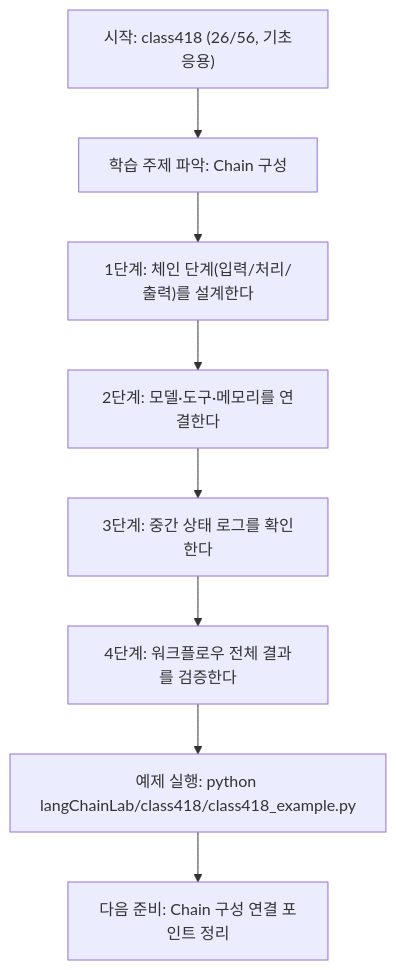
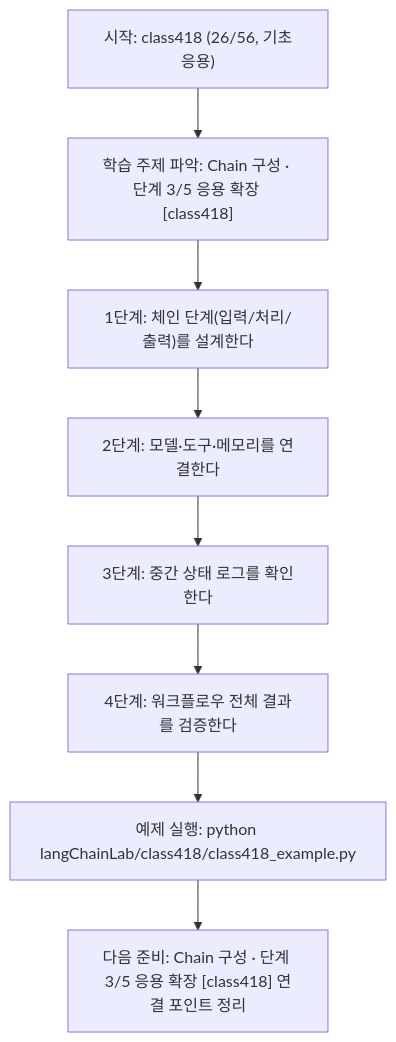
The diagram in langChainLab/class418/class418.md (edumgt/Python-AI_Agent-Class), drawn with Mermaid before and after one commit. The commit also changed other lines of this file and 522 other files, not shown here.

````diff
--- a/langChainLab/class418/class418.md
+++ b/langChainLab/class418/class418.md
@@ -108,18 +109,18 @@
 ```mermaid
 flowchart TD
 N1["시작: class418 (26/56, 기초응용)"]
-N2["학습 주제 파악: Chain 구성"]
+N2["학습 주제 파악: Chain 구성 · 단계 3/5 응용 확장 [class418]"]
 N3["1단계: 체인 단계(입력/처리/출력)를 설계한다"]
 N4["2단계: 모델·도구·메모리를 연결한다"]
 N5["3단계: 중간 상태 로그를 확인한다"]
 N6["4단계: 워크플로우 전체 결과를 검증한다"]
 N7["예제 실행: python langChainLab/class418/class418_example.py"]
-N8["다음 준비: Chain 구성 연결 포인트 정리"]
+N8["다음 준비: Chain 구성 · 단계 3/5 응용 확장 [class418] 연결 포인트 정리"]
 N1 --> N2
 N2 --> N3
 N3 --> N4
 N4 --> N5
 N5 --> N6
 N6 --> N7
 N7 --> N8
 ```
````
